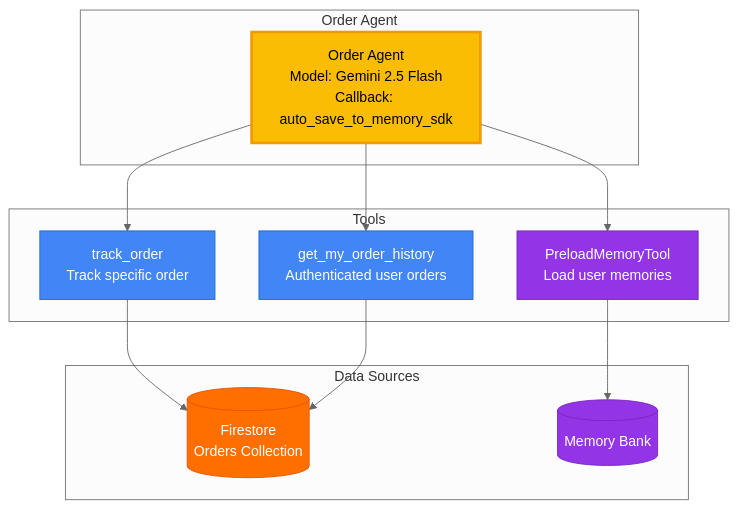
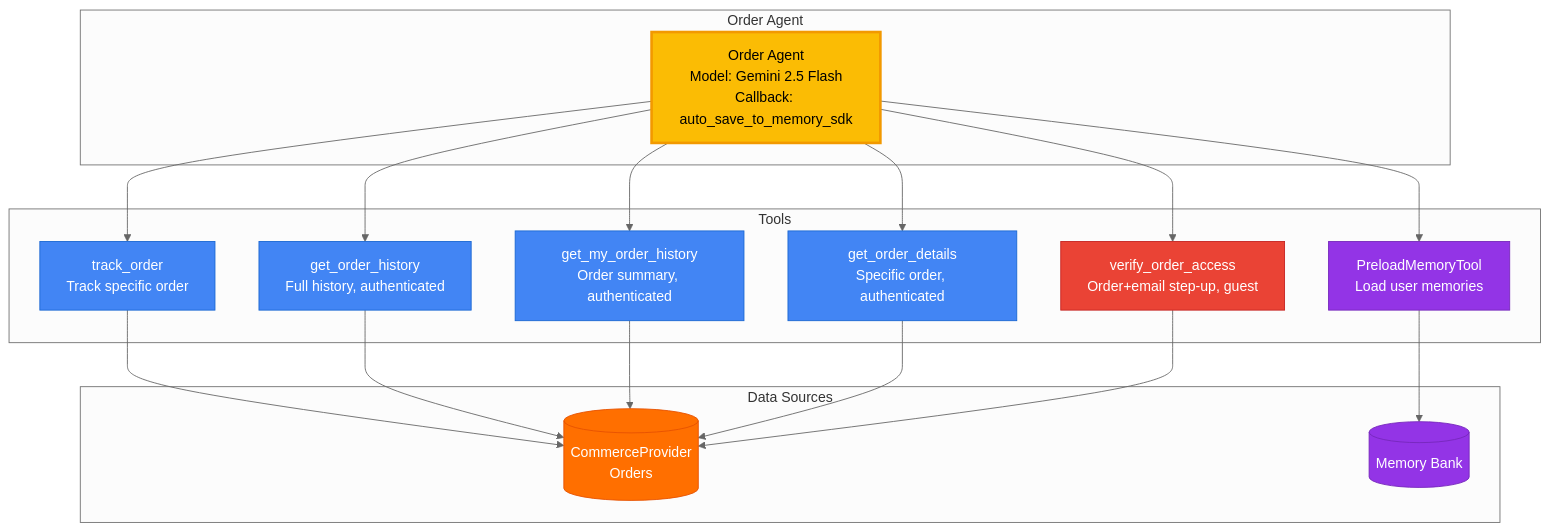
One commit to Saoussen-CH/adk-multiagent-production-template changed the fifth of 6 diagrams in docs/ARCHITECTURE.md. Above: the diagram before and after it, drawn with Mermaid (neutral theme). The commit also changed other lines of this file and 7 other files, not shown here.

````diff
--- a/docs/ARCHITECTURE.md
+++ b/docs/ARCHITECTURE.md
@@ -319,32 +319,44 @@
 ```mermaid
 graph TB
     subgraph "Order Agent"
         Agent[Order Agent<br/>Model: Gemini 2.5 Flash<br/>Callback: auto_save_to_memory_sdk]
     end
 
     subgraph "Tools"
         T0[PreloadMemoryTool<br/>Load user memories]
         T1[track_order<br/>Track specific order]
-        T2[get_my_order_history<br/>Authenticated user orders]
+        T2[get_order_history<br/>Full history, authenticated]
+        T3[get_my_order_history<br/>Order summary, authenticated]
+        T4[get_order_details<br/>Specific order, authenticated]
+        T5[verify_order_access<br/>Order+email step-up, guest]
     end
 
     subgraph "Data Sources"
-        Firestore[(Firestore<br/>Orders Collection)]
+        Firestore[(CommerceProvider<br/>Orders)]
         Memory[(Memory Bank)]
     end
 
     Agent --> T0
     Agent --> T1
     Agent --> T2
+    Agent --> T3
+    Agent --> T4
+    Agent --> T5
 
     T0 --> Memory
     T1 --> Firestore
     T2 --> Firestore
+    T3 --> Firestore
+    T4 --> Firestore
+    T5 --> Firestore
 
     style Agent fill:#FBBC04,stroke:#F29900,color:#000,stroke-width:3px
     style T0 fill:#9334E6,stroke:#7627BB,color:#fff
     style T1 fill:#4285F4,stroke:#1967D2,color:#fff
     style T2 fill:#4285F4,stroke:#1967D2,color:#fff
+    style T3 fill:#4285F4,stroke:#1967D2,color:#fff
+    style T4 fill:#4285F4,stroke:#1967D2,color:#fff
+    style T5 fill:#EA4335,stroke:#C5221F,color:#fff
     style Firestore fill:#FF6F00,stroke:#E65100,color:#fff
     style Memory fill:#9334E6,stroke:#7627BB,color:#fff
 ```
````
